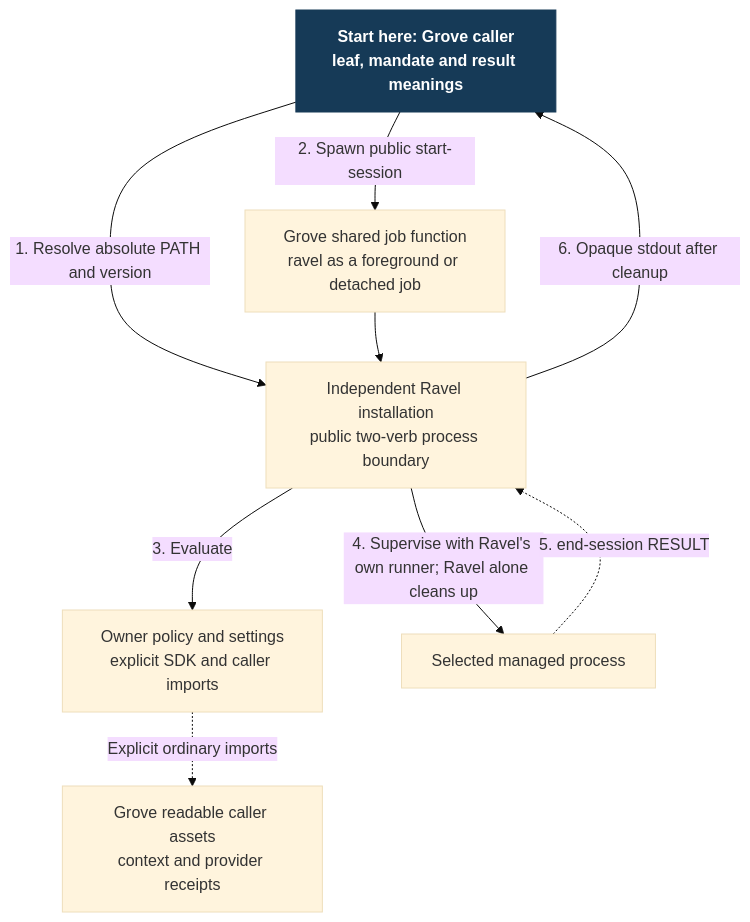
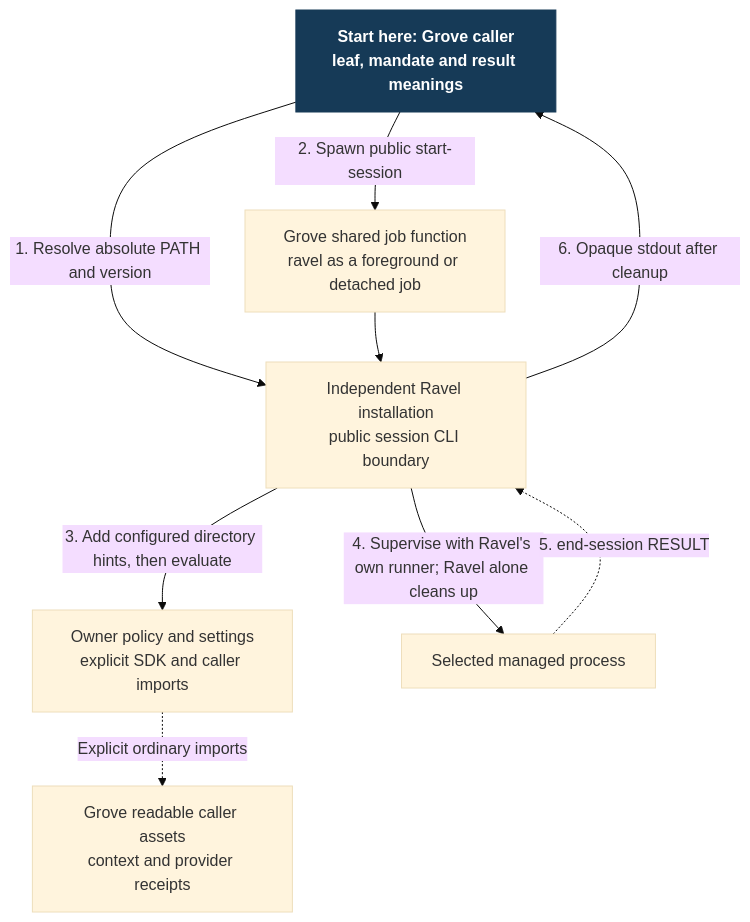
The diagram in docs/design/harness-selection-and-execution/packages.mmd (Linkuistics/grove), drawn with Mermaid (base theme) before and after one commit. The commit also changed 22 other files, not shown here.

```diff
--- a/docs/design/harness-selection-and-execution/packages.mmd
+++ b/docs/design/harness-selection-and-execution/packages.mmd
@@ -1,21 +1,21 @@
 flowchart TB
   Caller["Start here: Grove caller
 leaf, mandate and result meanings"]:::start
   Assets["Grove readable caller assets
 context and provider receipts"]
   Local["Grove shared job function
 ravel as a foreground or detached job"]
   Ravel["Independent Ravel installation
-public two-verb process boundary"]
+public session CLI boundary"]
   Policy["Owner policy and settings
 explicit SDK and caller imports"]
   Child["Selected managed process"]
   Caller -->|"1. Resolve absolute PATH and version"| Ravel
   Caller -->|"2. Spawn public start-session"| Local
   Local --> Ravel
-  Ravel -->|"3. Evaluate"| Policy
+  Ravel -->|"3. Add configured directory hints, then evaluate"| Policy
   Policy -.->|"Explicit ordinary imports"| Assets
   Ravel -->|"4. Supervise with Ravel's own runner; Ravel alone cleans up"| Child
   Child -.->|"5. end-session RESULT"| Ravel
   Ravel -->|"6. Opaque stdout after cleanup"| Caller
   classDef start fill:#163a57,color:#fff,stroke:#163a57,font-weight:bold
```
